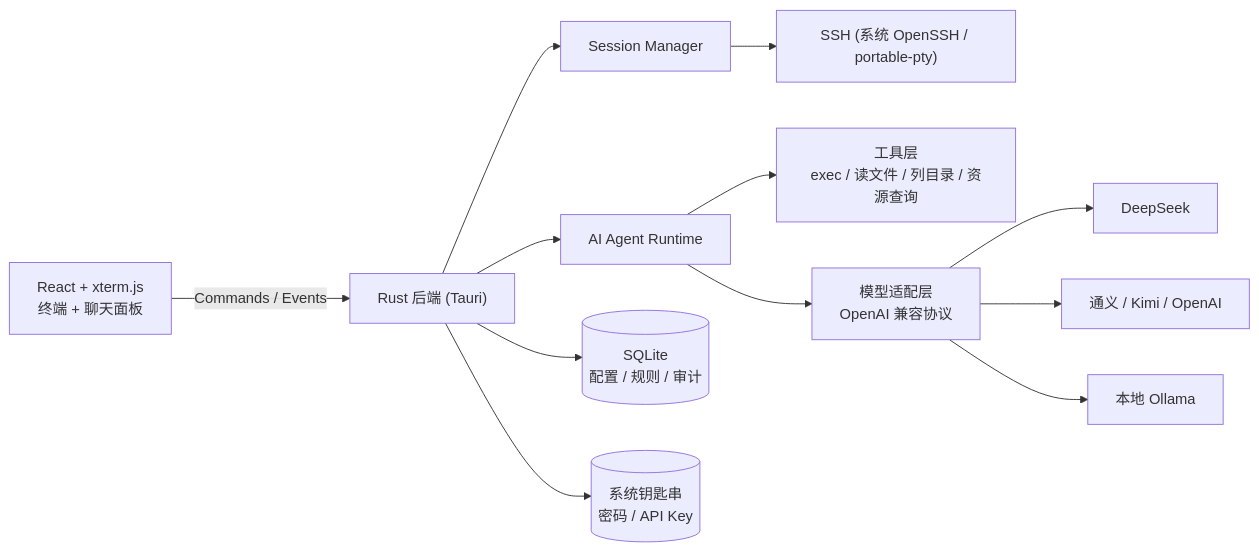
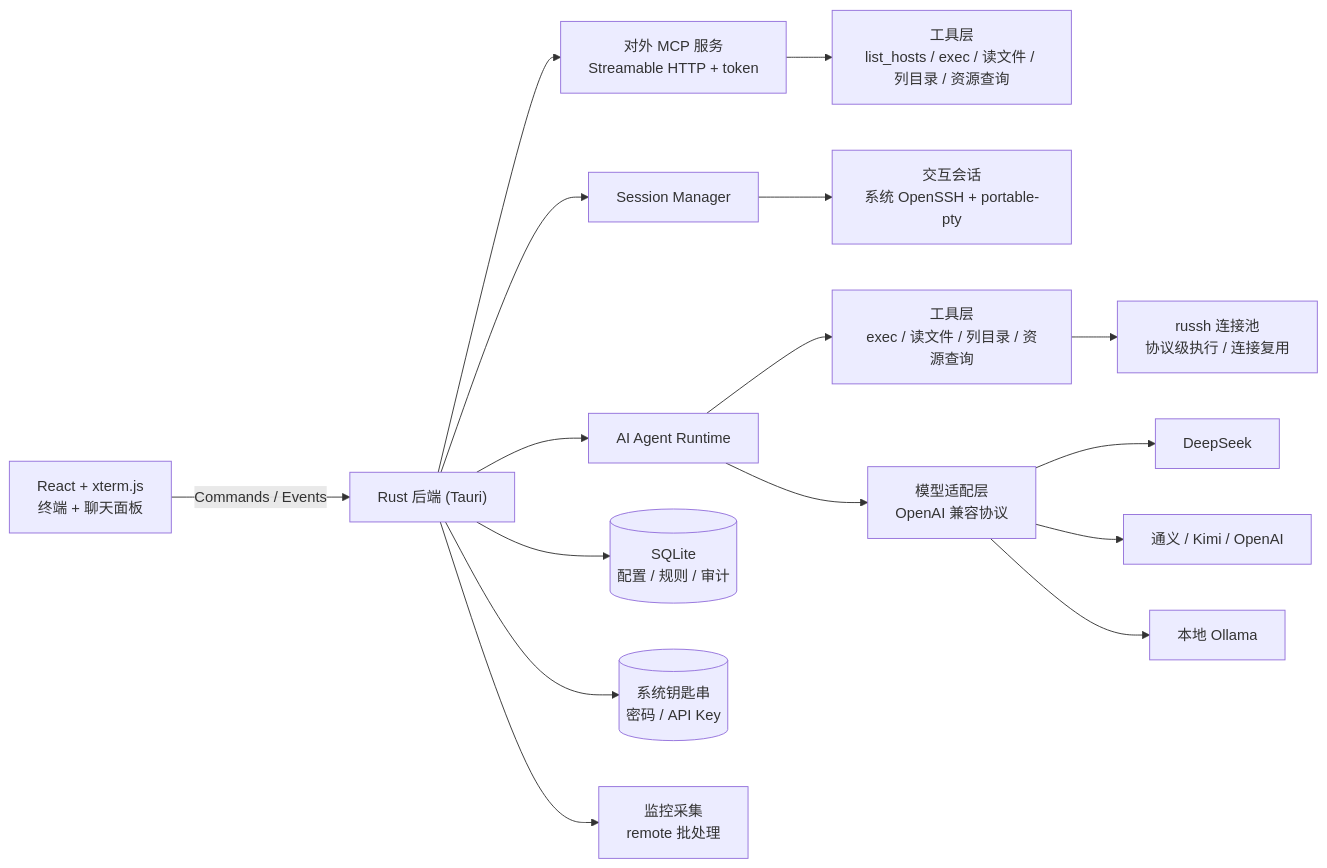
One commit to shaguocgl/buff-term changed the diagram in README.md. Above: the diagram before and after it, drawn with Mermaid. The commit also changed other lines of this file and 1 other file, not shown here.

````diff
--- a/README.md
+++ b/README.md
@@ -68,14 +70,18 @@
 ```mermaid
 flowchart LR
   UI["React + xterm.js<br/>终端 + 聊天面板"] -->|Commands / Events| BE["Rust 后端 (Tauri)"]
   BE --> SM["Session Manager"]
   BE --> AG["AI Agent Runtime"]
-  SM --> SSH["SSH (系统 OpenSSH / portable-pty)"]
+  BE --> MCP["对外 MCP 服务<br/>Streamable HTTP + token"]
+  MCP --> MCPTOOL["工具层<br/>list_hosts / exec / 读文件 / 列目录 / 资源查询"]
+  SM --> SSH["交互会话<br/>系统 OpenSSH + portable-pty"]
   AG --> TOOL["工具层<br/>exec / 读文件 / 列目录 / 资源查询"]
+  TOOL --> RSH["russh 连接池<br/>协议级执行 / 连接复用"]
   AG --> PROV["模型适配层<br/>OpenAI 兼容协议"]
   PROV --> DS["DeepSeek"]
   PROV --> QW["通义 / Kimi / OpenAI"]
   PROV --> OLL["本地 Ollama"]
   BE --> DB[("SQLite<br/>配置 / 规则 / 审计")]
   BE --> KC[("系统钥匙串<br/>密码 / API Key")]
+  BE --> MON["监控采集<br/>remote 批处理"]
 ```
````
